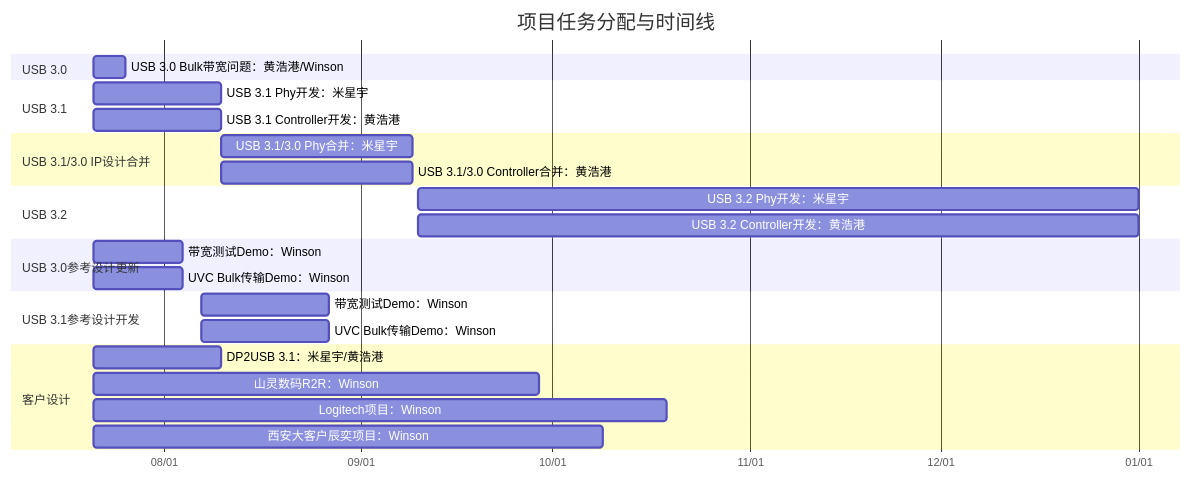
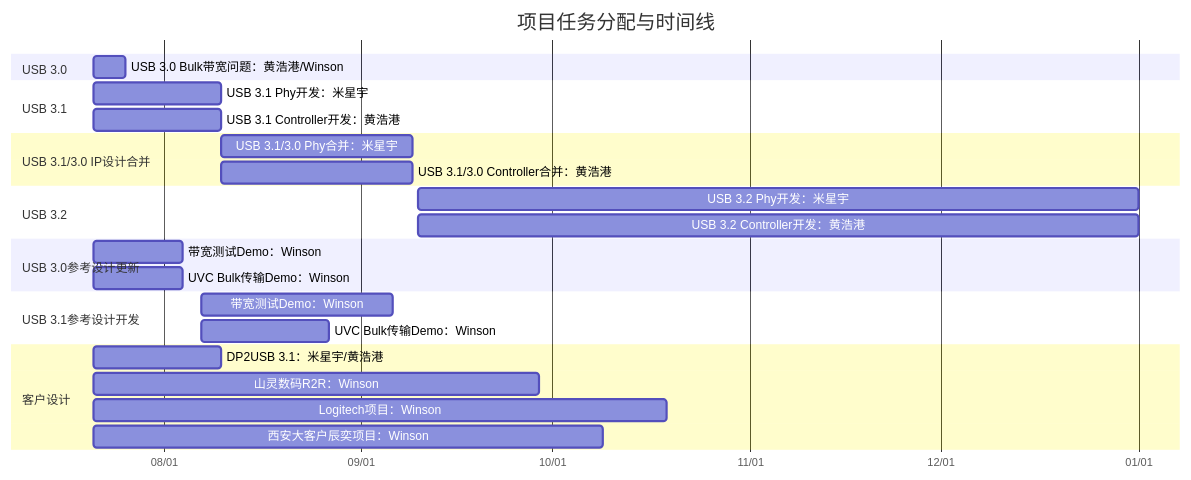
One commit to winsonbook/iodraw-files changed the diagram in all/未命名.md. Above: the diagram before and after it, drawn with Mermaid.

Commit message:
2025-07-21 10:17:02 update

````diff
--- a/all/未命名.md
+++ b/all/未命名.md
@@ -1,35 +1,35 @@
 ```mermaid
 gantt
     title 项目任务分配与时间线
     dateFormat  YYYY-MM-DD
     axisFormat  %m/%d
 
     section USB 3.0
     USB 3.0 Bulk带宽问题：黄浩港/Winson   :    task1, 2025-07-21, 5d
 
     section USB 3.1
     USB 3.1 Phy开发：米星宇      :         task2, 2025-07-21, 20d
     USB 3.1 Controller开发：黄浩港      :  task3, 2025-07-21, 20d
 
     section USB 3.1/3.0 IP设计合并
     USB 3.1/3.0 Phy合并：米星宇       :    task4, 2025-08-10, 30d
     USB 3.1/3.0 Controller合并：黄浩港:    task5, 2025-08-10, 30d
 
     section USB 3.2
     USB 3.2 Phy开发：米星宇      :         task2, 2025-09-10, 113d
     USB 3.2 Controller开发：黄浩港      :  task3, 2025-09-10, 113d
 
     section USB 3.0参考设计更新
     带宽测试Demo：Winson       :         task6, 2025-07-21, 14d
     UVC Bulk传输Demo：Winson   :        task7, 2025-07-21, 14d
 
     section USB 3.1参考设计开发
-    带宽测试Demo：Winson       :         task8, 2025-08-07, 20d
+    带宽测试Demo：Winson       :         task8, 2025-08-07, 30d
     UVC Bulk传输Demo：Winson   :         task9, 2025-08-07, 20d
 
     section 客户设计
     DP2USB 3.1：米星宇/黄浩港      :task10, 2025-07-21, 20d
     山灵数码R2R：Winson :             task11, 2025-07-21, 70d
     Logitech项目：Winson :            task12, 2025-07-21, 90d
     西安大客户辰奕项目：Winson :       task13, 2025-07-21, 80d
 ```
````
